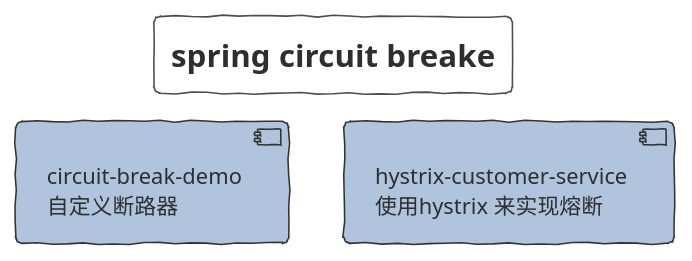
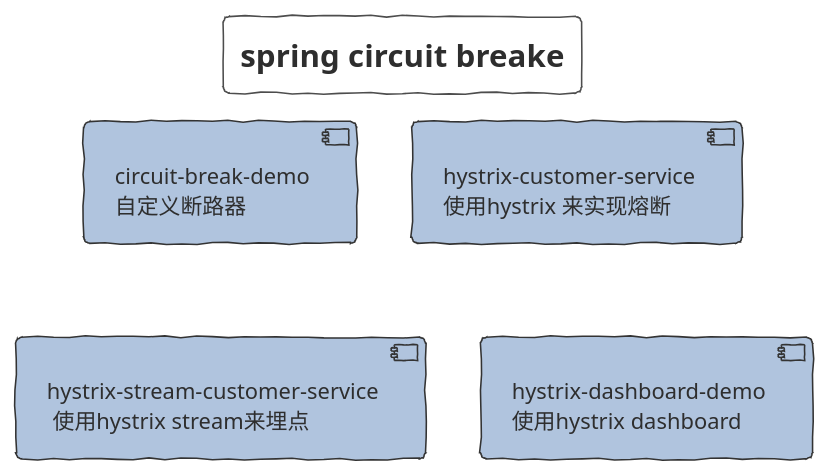
One commit to FantasybabyChange/springStudyProject changed the diagram in spring-circuit-breake/Module.puml. Above: the diagram before and after it, drawn with PlantUML. The commit also changed 23 other files, not shown here.

```diff
--- a/spring-circuit-breake/Module.puml
+++ b/spring-circuit-breake/Module.puml
@@ -1,22 +1,30 @@
 @startuml SPRING_CIRCUIT_BREAKE
 !theme sketchy-outline
 title spring circuit breake
 skinparam interface {
 }
 skinparam component {
    backgroundColor LightSteelBlue
    FontSize 14
    ArrowFontSize 14
    ArrowFontColor #777777
    ArrowColor #FF6655
 }
  component cbd[
    circuit-break-demo
    自定义断路器 
    ]
 
 component hcs[
 hystrix-customer-service
 使用hystrix 来实现熔断
 ]
+component hscs[
+hystrix-stream-customer-service
+ 使用hystrix stream来埋点
+]
+component hdd[
+hystrix-dashboard-demo
+使用hystrix dashboard
+]
 @enduml
```
